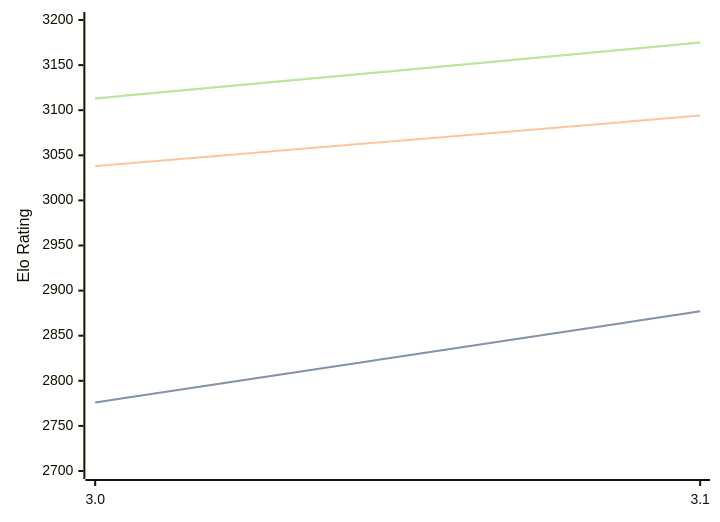
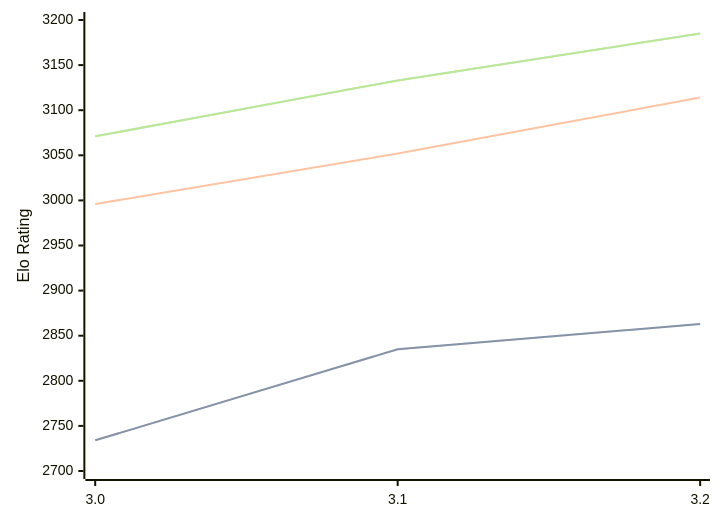
Before and after one commit to computer-chess-index/cci: the diagram in engines/Vajolet2.md, drawn with Mermaid. The commit also changed other lines of this file, not shown here.

Commit message:
Update CCI Ratings (ELO VLTC) - 2026-05-19

````diff
--- a/engines/Vajolet2.md
+++ b/engines/Vajolet2.md
@@ -41,11 +41,11 @@
 ```mermaid
 %%{init: {"theme":"base","themeVariables":{"seriesColors:['#a3a3a3','#222221','#faa371']}}}%%
 xychart-beta
-  x-axis ["3.0", "3.1"]
+  x-axis ["3.0", "3.1", "3.2"]
   y-axis "Elo Rating" 2700 --> 3200
-  line "STC (8.0+0.08s)" [2776, 2877]
-  line "STC (8.0+0.08s)" [2776, 2877]
-  line "LTC (60.0+0.60s)" [3038, 3094]
-  line "VLTC (2m24s+1.12s)" [3113, 3175]
-  line "VLTC (2m24s+1.12s)" [3113, 3175]
+  line "STC (8.0+0.08s)" [2734, 2835, 2863]
+  line "STC (8.0+0.08s)" [2734, 2835, 2863]
+  line "LTC (60.0+0.60s)" [2996, 3052, 3114]
+  line "VLTC (2m24s+1.12s)" [3071, 3133, 3185]
+  line "VLTC (2m24s+1.12s)" [3071, 3133, 3185]
 ```
````
